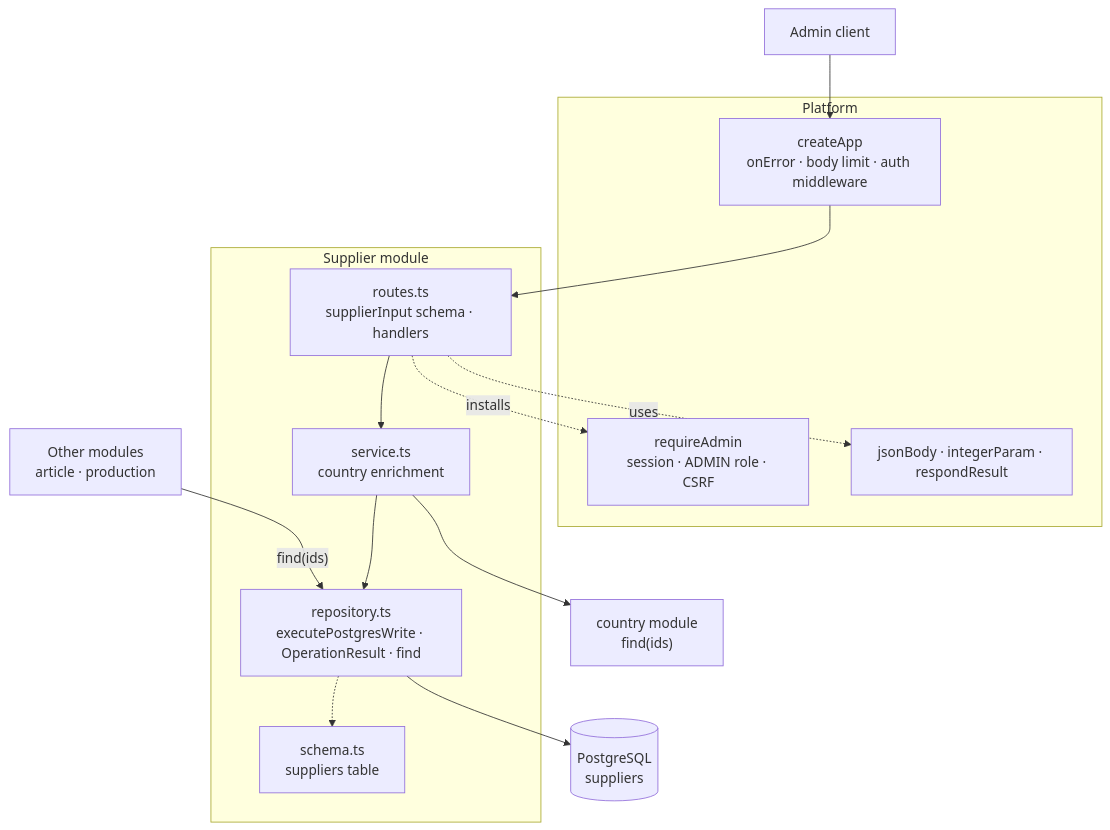
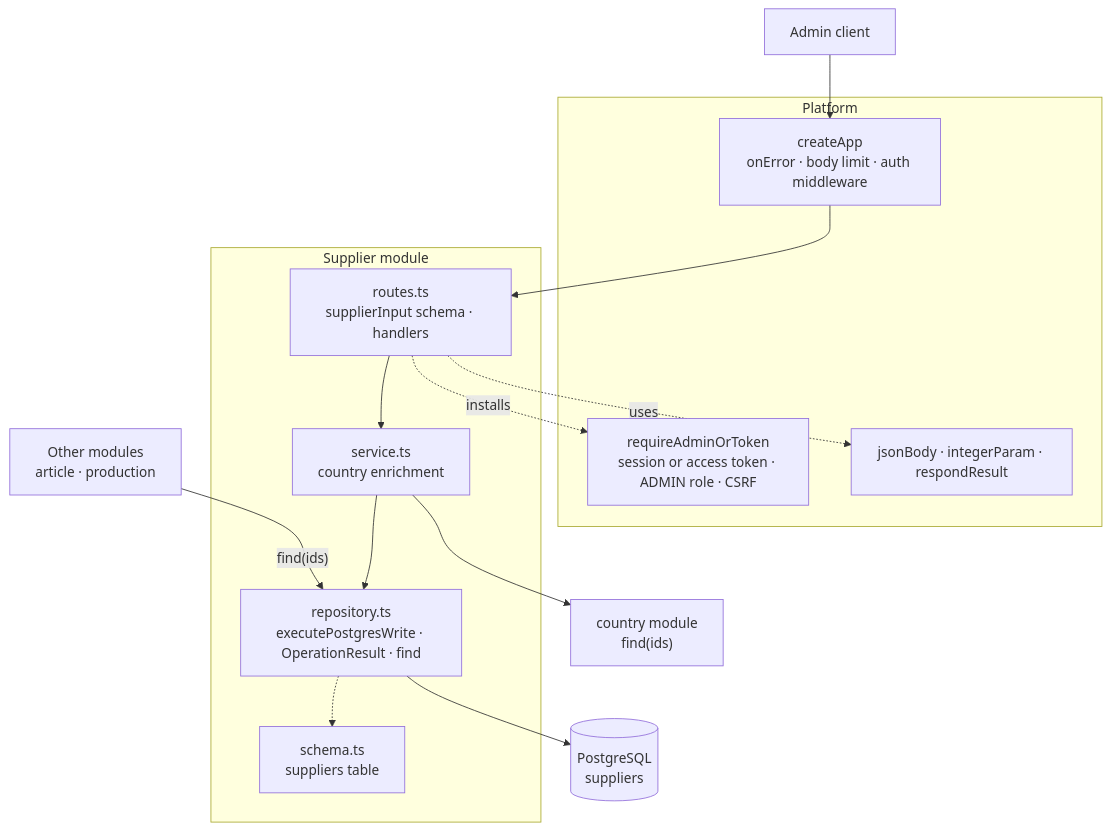
Before and after one commit to bitstorm-tech/voenix-shop-kotlin: the diagram in docs/dev/backend/packages/supplier-package.md, drawn with Mermaid. The commit also changed 19 other files, not shown here.

First line of the commit message:
Serve an MCP endpoint over the admin routes a token may call

````diff
--- a/docs/dev/backend/packages/supplier-package.md
+++ b/docs/dev/backend/packages/supplier-package.md
@@ -26,31 +26,31 @@
 ```mermaid
 flowchart TB
     Client["Admin client"]
 
     subgraph Platform["Platform"]
         App["createApp<br/>onError · body limit · auth middleware"]
-        Auth["requireAdmin<br/>session · ADMIN role · CSRF"]
+        Auth["requireAdminOrToken<br/>session or access token · ADMIN role · CSRF"]
         Respond["jsonBody · integerParam · respondResult"]
     end
 
     subgraph Supplier["Supplier module"]
         Routes["routes.ts<br/>supplierInput schema · handlers"]
         Service["service.ts<br/>country enrichment"]
         Repository["repository.ts<br/>executePostgresWrite · OperationResult · find"]
         Schema["schema.ts<br/>suppliers table"]
     end
 
     CountryFind["country module<br/>find(ids)"]
     Consumer["Other modules<br/>article · production"]
     Database[("PostgreSQL<br/>suppliers")]
 
     Client --> App --> Routes
     Routes -.->|"installs"| Auth
     Routes -.->|"uses"| Respond
     Routes --> Service
     Service --> Repository
     Service --> CountryFind
     Repository --> Database
     Repository -.-> Schema
     Consumer -->|"find(ids)"| Repository
 ```
````
